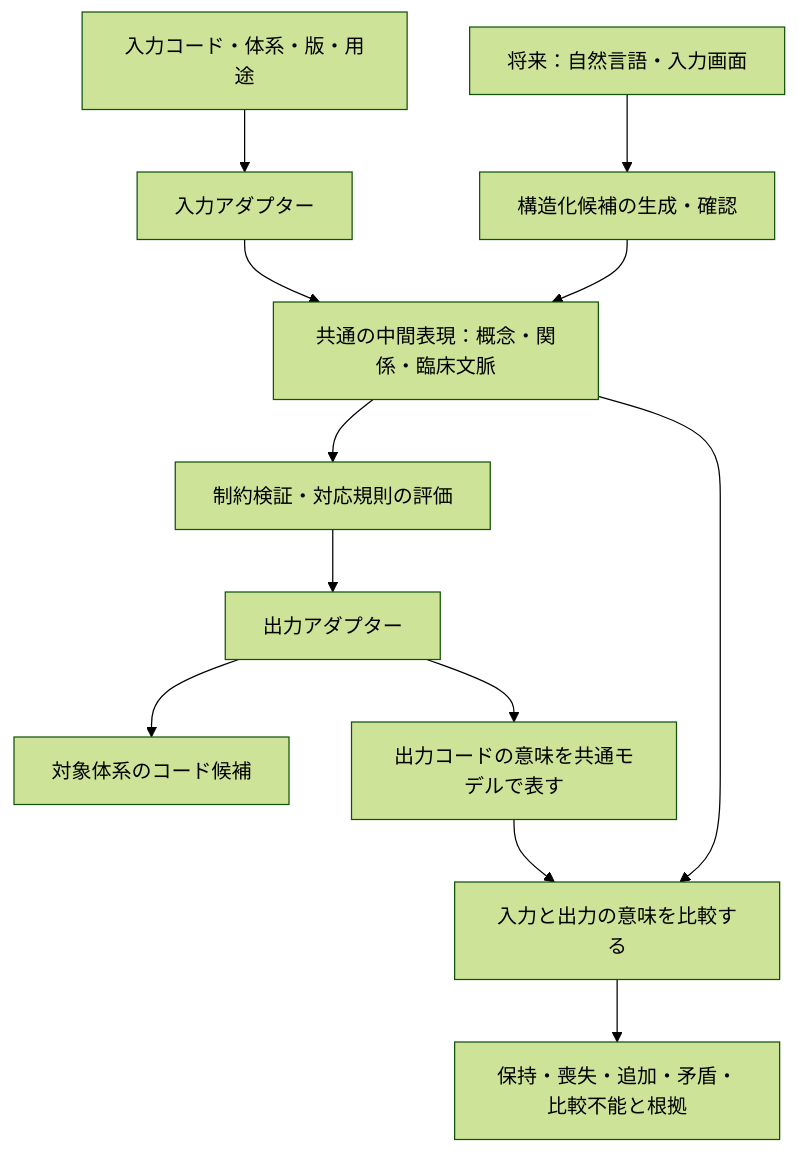
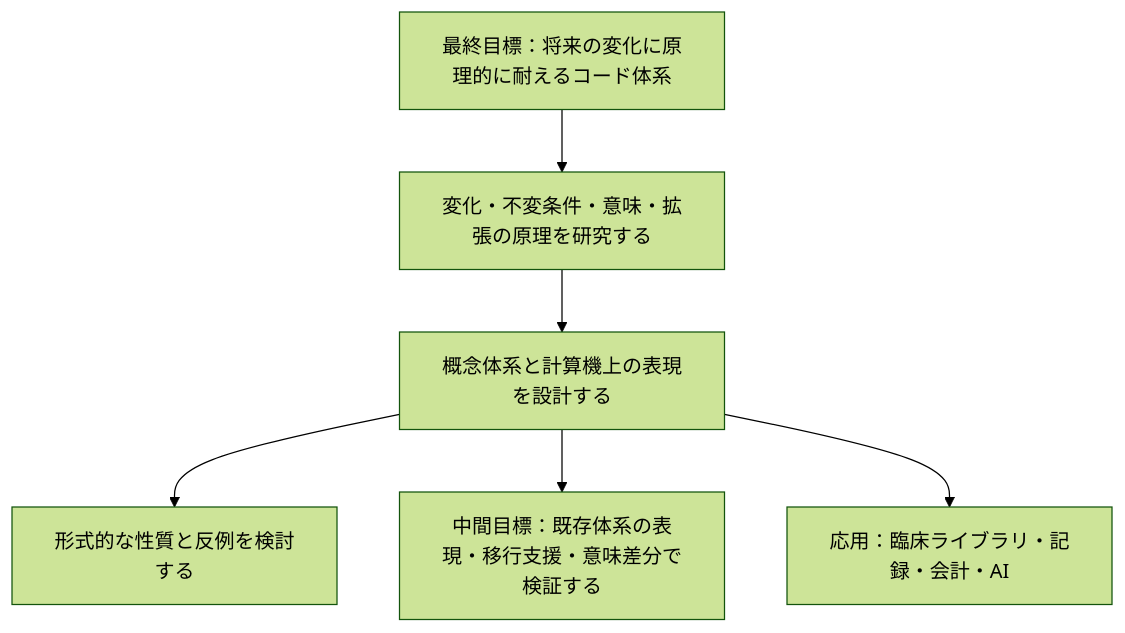
One commit to yuwayanagitani/med-dsl changed the diagram in README.md. Above: the diagram before and after it, drawn with Mermaid (forest theme). The commit also changed other lines of this file and 11 other files, not shown here.

````diff
--- a/README.md
+++ b/README.md
@@ -27,14 +28,8 @@
 ```mermaid
 flowchart TD
-    A["入力コード・体系・版・用途"] --> B["入力アダプター"]
-    B --> C["共通の中間表現：概念・関係・臨床文脈"]
-    C --> D["制約検証・対応規則の評価"]
-    D --> E["出力アダプター"]
-    E --> F["対象体系のコード候補"]
-    E --> J["出力コードの意味を共通モデルで表す"]
-    C --> K["入力と出力の意味を比較する"]
-    J --> K
-    K --> G["保持・喪失・追加・矛盾・比較不能と根拠"]
-    H["将来：自然言語・入力画面"] --> I["構造化候補の生成・確認"]
-    I --> C
+    A["最終目標：将来の変化に原理的に耐えるコード体系"] --> B["変化・不変条件・意味・拡張の原理を研究する"]
+    B --> C["概念体系と計算機上の表現を設計する"]
+    C --> D["形式的な性質と反例を検討する"]
+    C --> E["中間目標：既存体系の表現・移行支援・意味差分で検証する"]
+    C --> F["応用：臨床ライブラリ・記録・会計・AI"]
 ```
````
